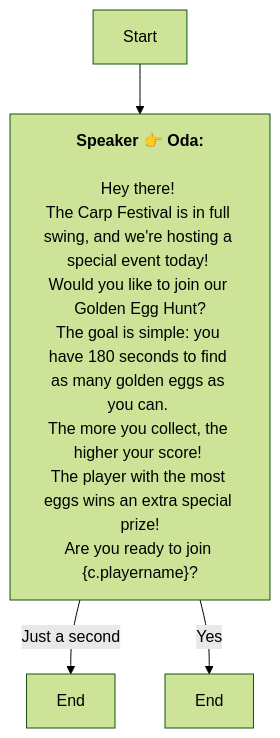
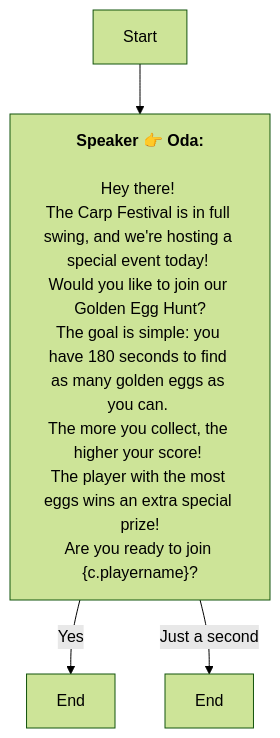
Before and after one commit to SoftHu/tos_avg: the diagram in Zh/QuestTalkObjectiveNode_1768889928343338.md, drawn with Mermaid (forest theme). The commit also changed other lines of this file and 780 other files, not shown here.

````diff
--- a/Zh/QuestTalkObjectiveNode_1768889928343338.md
+++ b/Zh/QuestTalkObjectiveNode_1768889928343338.md
@@ -1,12 +1,12 @@
 ```mermaid
 graph
 Start -->1768890085543728[<b>Speaker 👉 Oda:</b>
 \nHey there! 
 The Carp Festival is in full swing, and we're hosting a special event today! 
 Would you like to join our Golden Egg Hunt?\nThe goal is simple: you have 180 seconds to find as many golden eggs as you can. 
 The more you collect, the higher your score! 
 The player with the most eggs wins an extra special prize!\nAre you ready to join &lbrace;c.playername&rbrace;?]
+1768890085543728 -->|Yes|1768890258964276[End]
 1768890085543728 -->|Just a second|1770206532074583[End]
-1768890085543728 -->|Yes|1768890258964276[End]
 
 ```
````
